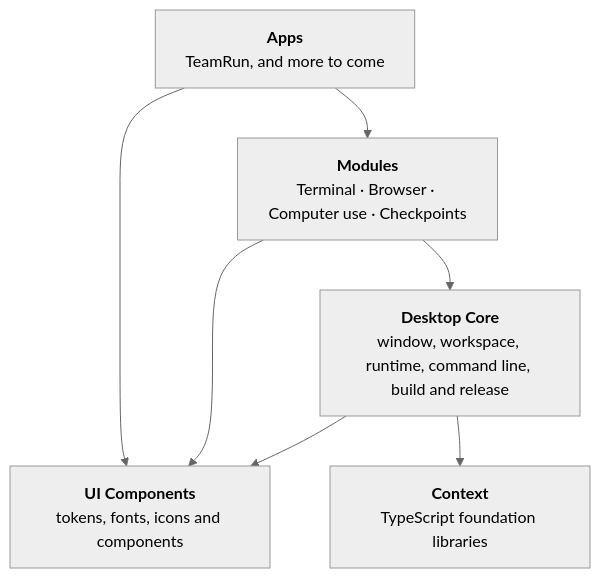
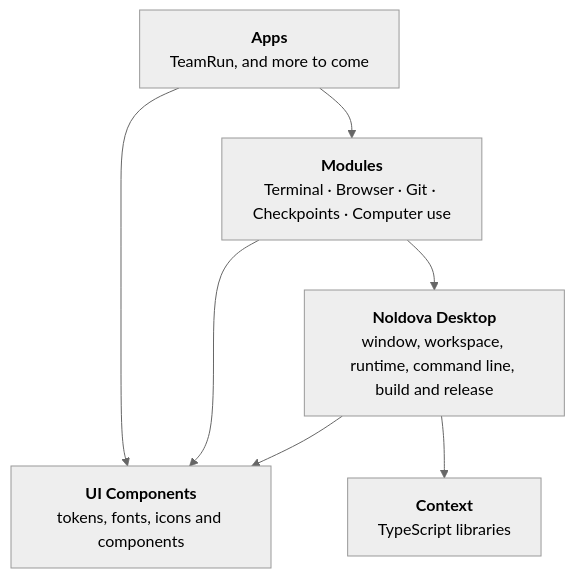
Before and after one commit to noldova-com/.github: the diagram in profile/README.md, drawn with Mermaid (neutral theme). The commit also changed other lines of this file and 3 other files, not shown here.

````diff
--- a/profile/README.md
+++ b/profile/README.md
@@ -48,13 +81,13 @@
 ```mermaid
 flowchart TB
   app["<b>Apps</b><br/>TeamRun, and more to come"]
-  modules["<b>Modules</b><br/>Terminal · Browser · Computer use · Checkpoints"]
-  core["<b>Desktop Core</b><br/>window, workspace, runtime, command line, build and release"]
+  modules["<b>Modules</b><br/>Terminal · Browser · Git · Checkpoints · Computer use"]
+  core["<b>Noldova Desktop</b><br/>window, workspace, runtime, command line, build and release"]
   kit["<b>UI Components</b><br/>tokens, fonts, icons and components"]
-  context["<b>Context</b><br/>TypeScript foundation libraries"]
+  context["<b>Context</b><br/>TypeScript libraries"]
   app --> modules --> core
   app --> kit
   modules --> kit
   core --> kit
   core --> context
 ```
````
